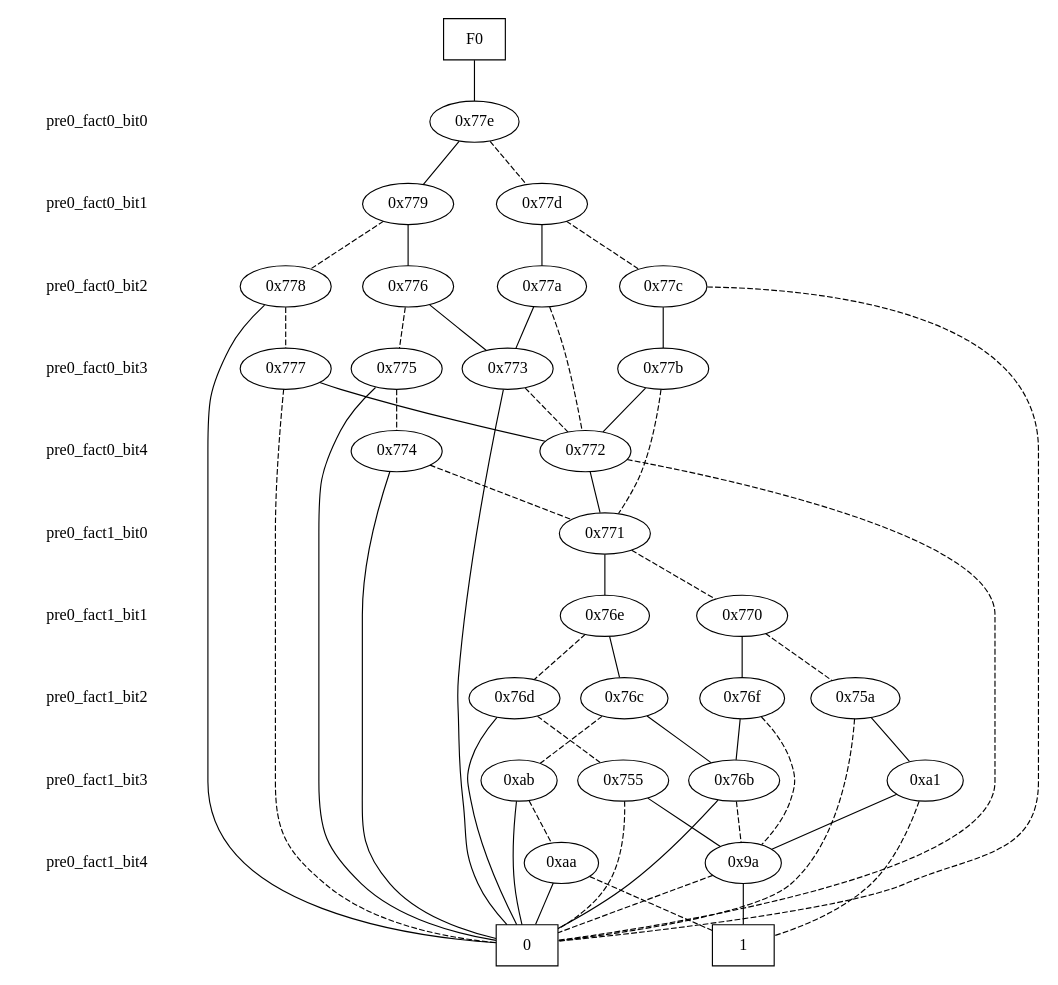
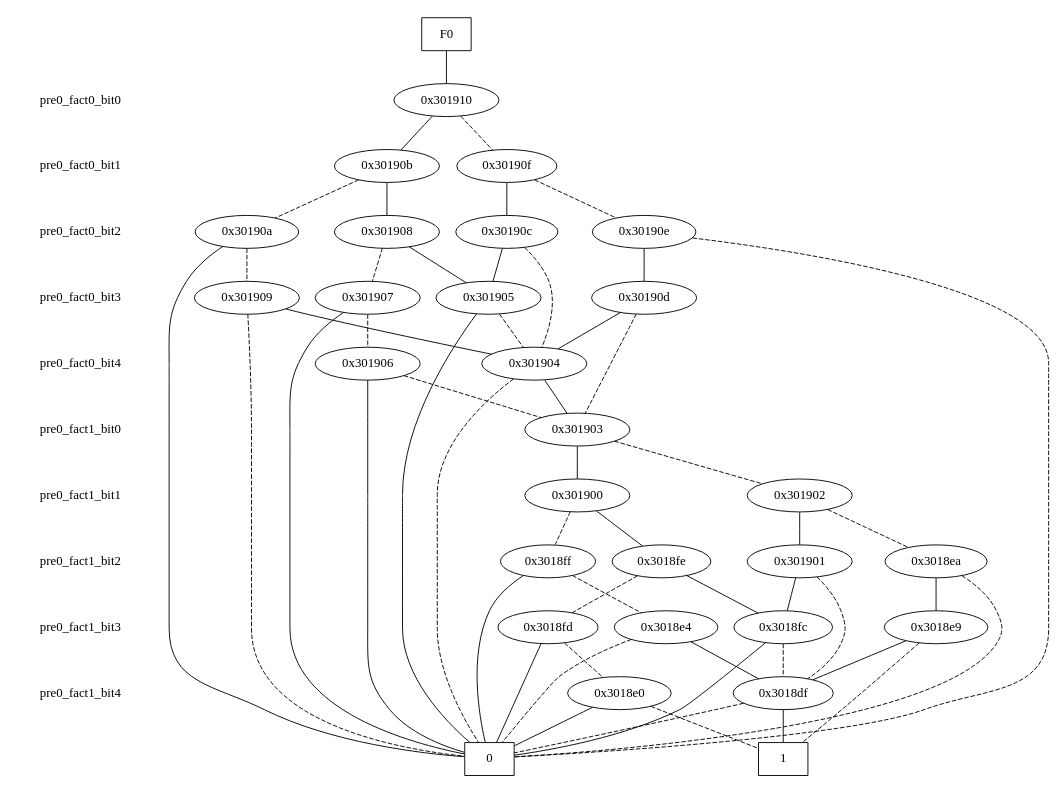
Before and after one commit to galvusdamor/downward-hm: the diagram in current_state.dot, drawn with Graphviz. The commit also changed 22 other files, not shown here.

Commit message:
add tests and graphs

```diff
--- a/current_state.dot
+++ b/current_state.dot
@@ -1,118 +1,118 @@
 digraph "DD" {
 size = "7.5,10"
 center = true;
 edge [dir = none];
 { node [shape = plaintext];
   edge [style = invis];
   "CONST NODES" [style = invis];
 " pre0_fact0_bit0 " -> " pre0_fact0_bit1 " -> " pre0_fact0_bit2 " -> " pre0_fact0_bit3 " -> " pre0_fact0_bit4 " -> " pre0_fact1_bit0 " -> " pre0_fact1_bit1 " -> " pre0_fact1_bit2 " -> " pre0_fact1_bit3 " -> " pre0_fact1_bit4 " -> "CONST NODES"; 
 }
 { rank = same; node [shape = box]; edge [style = invis];
 "F0"; }
 { rank = same; " pre0_fact0_bit0 ";
-"0x77e";
+"0x301910";
 }
 { rank = same; " pre0_fact0_bit1 ";
-"0x779";
-"0x77d";
+"0x30190b";
+"0x30190f";
 }
 { rank = same; " pre0_fact0_bit2 ";
-"0x778";
-"0x77a";
-"0x776";
-"0x77c";
+"0x30190c";
+"0x301908";
+"0x30190a";
+"0x30190e";
 }
 { rank = same; " pre0_fact0_bit3 ";
-"0x773";
-"0x775";
-"0x777";
-"0x77b";
+"0x301905";
+"0x301907";
+"0x30190d";
+"0x301909";
 }
 { rank = same; " pre0_fact0_bit4 ";
-"0x774";
-"0x772";
+"0x301904";
+"0x301906";
 }
 { rank = same; " pre0_fact1_bit0 ";
-"0x771";
+"0x301903";
 }
 { rank = same; " pre0_fact1_bit1 ";
-"0x770";
-"0x76e";
+"0x301902";
+"0x301900";
 }
 { rank = same; " pre0_fact1_bit2 ";
-"0x76d";
-"0x76c";
-"0x76f";
-"0x75a";
+"0x3018ea";
+"0x3018fe";
+"0x301901";
+"0x3018ff";
 }
 { rank = same; " pre0_fact1_bit3 ";
-"0xab";
-"0xa1";
-"0x755";
-"0x76b";
+"0x3018e9";
+"0x3018e4";
+"0x3018fc";
+"0x3018fd";
 }
 { rank = same; " pre0_fact1_bit4 ";
-"0x9a";
-"0xaa";
+"0x3018e0";
+"0x3018df";
 }
 { rank = same; "CONST NODES";
-{ node [shape = box]; "0x1f";
-"0x1e";
+{ node [shape = box]; "0x2ee41c";
+"0x2ee41b";
 }
 }
-"F0" -> "0x77e" [style = solid];
-"0x77e" -> "0x779";
-"0x77e" -> "0x77d" [style = dashed];
-"0x779" -> "0x776";
-"0x779" -> "0x778" [style = dashed];
-"0x77d" -> "0x77a";
-"0x77d" -> "0x77c" [style = dashed];
-"0x778" -> "0x1f";
-"0x778" -> "0x777" [style = dashed];
-"0x77a" -> "0x773";
-"0x77a" -> "0x772" [style = dashed];
-"0x776" -> "0x773";
-"0x776" -> "0x775" [style = dashed];
-"0x77c" -> "0x77b";
-"0x77c" -> "0x1f" [style = dashed];
-"0x773" -> "0x1f";
-"0x773" -> "0x772" [style = dashed];
-"0x775" -> "0x1f";
-"0x775" -> "0x774" [style = dashed];
-"0x777" -> "0x772";
-"0x777" -> "0x1f" [style = dashed];
-"0x77b" -> "0x772";
-"0x77b" -> "0x771" [style = dashed];
-"0x774" -> "0x1f";
-"0x774" -> "0x771" [style = dashed];
-"0x772" -> "0x771";
-"0x772" -> "0x1f" [style = dashed];
-"0x771" -> "0x76e";
-"0x771" -> "0x770" [style = dashed];
-"0x770" -> "0x76f";
-"0x770" -> "0x75a" [style = dashed];
-"0x76e" -> "0x76c";
-"0x76e" -> "0x76d" [style = dashed];
-"0x76d" -> "0x1f";
-"0x76d" -> "0x755" [style = dashed];
-"0x76c" -> "0x76b";
-"0x76c" -> "0xab" [style = dashed];
-"0x76f" -> "0x76b";
-"0x76f" -> "0x9a" [style = dashed];
-"0x75a" -> "0xa1";
-"0x75a" -> "0x1f" [style = dashed];
-"0xab" -> "0x1f";
-"0xab" -> "0xaa" [style = dashed];
-"0xa1" -> "0x9a";
-"0xa1" -> "0x1e" [style = dashed];
-"0x755" -> "0x9a";
-"0x755" -> "0x1f" [style = dashed];
-"0x76b" -> "0x1f";
-"0x76b" -> "0x9a" [style = dashed];
-"0x9a" -> "0x1e";
-"0x9a" -> "0x1f" [style = dashed];
-"0xaa" -> "0x1f";
-"0xaa" -> "0x1e" [style = dashed];
-"0x1f" [label = "0"];
-"0x1e" [label = "1"];
+"F0" -> "0x301910" [style = solid];
+"0x301910" -> "0x30190b";
+"0x301910" -> "0x30190f" [style = dashed];
+"0x30190b" -> "0x301908";
+"0x30190b" -> "0x30190a" [style = dashed];
+"0x30190f" -> "0x30190c";
+"0x30190f" -> "0x30190e" [style = dashed];
+"0x30190c" -> "0x301905";
+"0x30190c" -> "0x301904" [style = dashed];
+"0x301908" -> "0x301905";
+"0x301908" -> "0x301907" [style = dashed];
+"0x30190a" -> "0x2ee41c";
+"0x30190a" -> "0x301909" [style = dashed];
+"0x30190e" -> "0x30190d";
+"0x30190e" -> "0x2ee41c" [style = dashed];
+"0x301905" -> "0x2ee41c";
+"0x301905" -> "0x301904" [style = dashed];
+"0x301907" -> "0x2ee41c";
+"0x301907" -> "0x301906" [style = dashed];
+"0x30190d" -> "0x301904";
+"0x30190d" -> "0x301903" [style = dashed];
+"0x301909" -> "0x301904";
+"0x301909" -> "0x2ee41c" [style = dashed];
+"0x301904" -> "0x301903";
+"0x301904" -> "0x2ee41c" [style = dashed];
+"0x301906" -> "0x2ee41c";
+"0x301906" -> "0x301903" [style = dashed];
+"0x301903" -> "0x301900";
+"0x301903" -> "0x301902" [style = dashed];
+"0x301902" -> "0x301901";
+"0x301902" -> "0x3018ea" [style = dashed];
+"0x301900" -> "0x3018fe";
+"0x301900" -> "0x3018ff" [style = dashed];
+"0x3018ea" -> "0x3018e9";
+"0x3018ea" -> "0x2ee41c" [style = dashed];
+"0x3018fe" -> "0x3018fc";
+"0x3018fe" -> "0x3018fd" [style = dashed];
+"0x301901" -> "0x3018fc";
+"0x301901" -> "0x3018df" [style = dashed];
+"0x3018ff" -> "0x2ee41c";
+"0x3018ff" -> "0x3018e4" [style = dashed];
+"0x3018e9" -> "0x3018df";
+"0x3018e9" -> "0x2ee41b" [style = dashed];
+"0x3018e4" -> "0x3018df";
+"0x3018e4" -> "0x2ee41c" [style = dashed];
+"0x3018fc" -> "0x2ee41c";
+"0x3018fc" -> "0x3018df" [style = dashed];
+"0x3018fd" -> "0x2ee41c";
+"0x3018fd" -> "0x3018e0" [style = dashed];
+"0x3018e0" -> "0x2ee41c";
+"0x3018e0" -> "0x2ee41b" [style = dashed];
+"0x3018df" -> "0x2ee41b";
+"0x3018df" -> "0x2ee41c" [style = dashed];
+"0x2ee41c" [label = "0"];
+"0x2ee41b" [label = "1"];
 }
```
